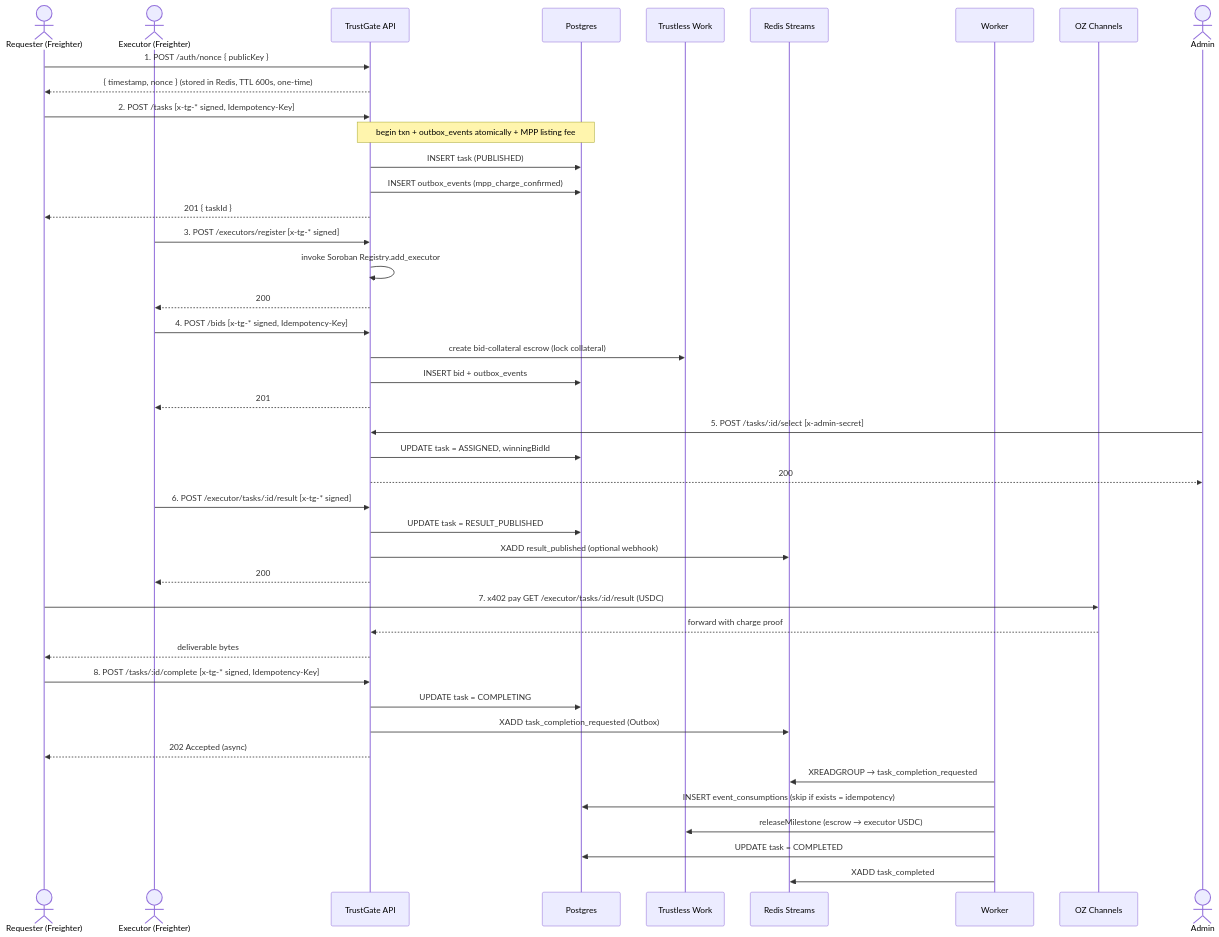
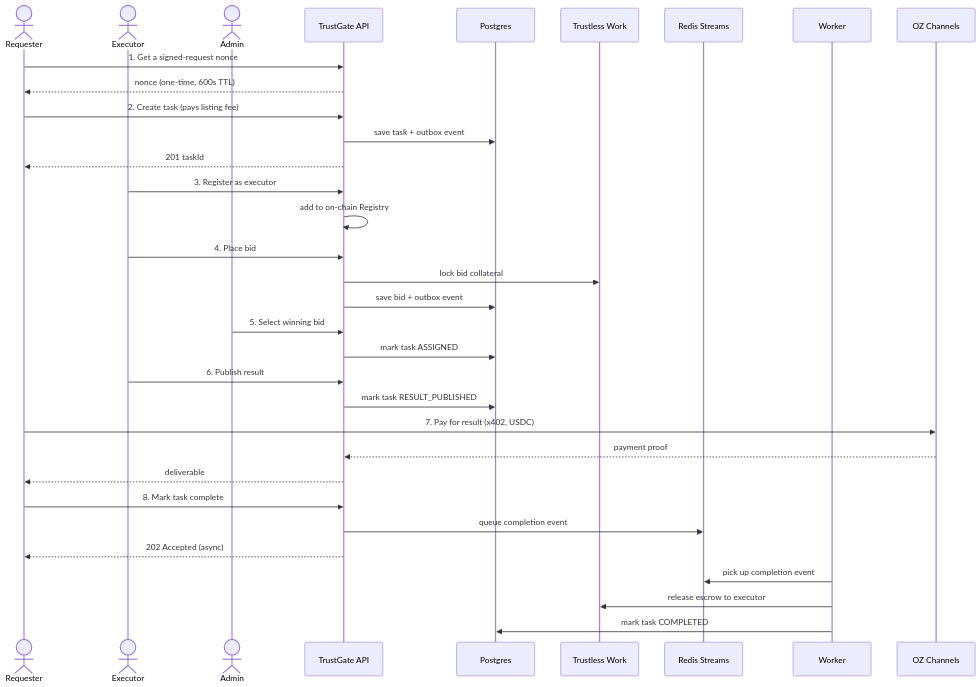
One commit to Jistriane/TrustGate changed the second of 3 diagrams in README.md. Above: the diagram before and after it, drawn with Mermaid. The commit also changed other lines of this file and 1 other file, not shown here.

First line of the commit message:
docs(readme): simplify README for onboarding, fix Mermaid density issues

````diff
--- a/README.md
+++ b/README.md
@@ -158,45 +148,36 @@
 ```mermaid
 sequenceDiagram
-  actor Req as Requester (Freighter)
-  actor Exe as Executor (Freighter)
+  actor Req as Requester
+  actor Exe as Executor
+  actor Adm as Admin
   participant API as TrustGate API
   participant PG as Postgres
   participant TW as Trustless Work
   participant RS as Redis Streams
   participant W as Worker
   participant OZ as OZ Channels
-  Req->>API: 1. POST /auth/nonce { publicKey }
-  API-->>Req: { timestamp, nonce }  (stored in Redis, TTL 600s, one-time)
-  Req->>API: 2. POST /tasks [x-tg-* signed, Idempotency-Key]
-  Note over API,PG: begin txn + outbox_events atomically + MPP listing fee
-  API->>PG: INSERT task (PUBLISHED)
-  API->>PG: INSERT outbox_events (mpp_charge_confirmed)
-  API-->>Req: 201 { taskId }
-  Exe->>API: 3. POST /executors/register [x-tg-* signed]
-  API->>API: invoke Soroban Registry.add_executor
-  API-->>Exe: 200
-  Exe->>API: 4. POST /bids [x-tg-* signed, Idempotency-Key]
-  API->>TW: create bid-collateral escrow (lock collateral)
-  API->>PG: INSERT bid + outbox_events
-  API-->>Exe: 201
-  actor Adm as Admin
-  Adm->>API: 5. POST /tasks/:id/select [x-admin-secret]
-  API->>PG: UPDATE task = ASSIGNED, winningBidId
-  API-->>Adm: 200
-  Exe->>API: 6. POST /executor/tasks/:id/result [x-tg-* signed]
-  API->>PG: UPDATE task = RESULT_PUBLISHED
-  API->>RS: XADD result_published (optional webhook)
-  API-->>Exe: 200
-  Req->>OZ: 7. x402 pay GET /executor/tasks/:id/result (USDC)
-  OZ-->>API: forward with charge proof
-  API-->>Req: deliverable bytes
-  Req->>API: 8. POST /tasks/:id/complete [x-tg-* signed, Idempotency-Key]
-  API->>PG: UPDATE task = COMPLETING
-  API->>RS: XADD task_completion_requested (Outbox)
+
+  Req->>API: 1. Get a signed-request nonce
+  API-->>Req: nonce (one-time, 600s TTL)
+  Req->>API: 2. Create task (pays listing fee)
+  API->>PG: save task + outbox event
+  API-->>Req: 201 taskId
+  Exe->>API: 3. Register as executor
+  API->>API: add to on-chain Registry
+  Exe->>API: 4. Place bid
+  API->>TW: lock bid collateral
+  API->>PG: save bid + outbox event
+  Adm->>API: 5. Select winning bid
+  API->>PG: mark task ASSIGNED
+  Exe->>API: 6. Publish result
+  API->>PG: mark task RESULT_PUBLISHED
+  Req->>OZ: 7. Pay for result (x402, USDC)
+  OZ-->>API: payment proof
+  API-->>Req: deliverable
+  Req->>API: 8. Mark task complete
+  API->>RS: queue completion event
   API-->>Req: 202 Accepted (async)
-  W->>RS: XREADGROUP → task_completion_requested
-  W->>PG: INSERT event_consumptions (skip if exists = idempotency)
-  W->>TW: releaseMilestone (escrow → executor USDC)
-  W->>PG: UPDATE task = COMPLETED
-  W->>RS: XADD task_completed
+  W->>RS: pick up completion event
+  W->>TW: release escrow to executor
+  W->>PG: mark task COMPLETED
 ```
````
